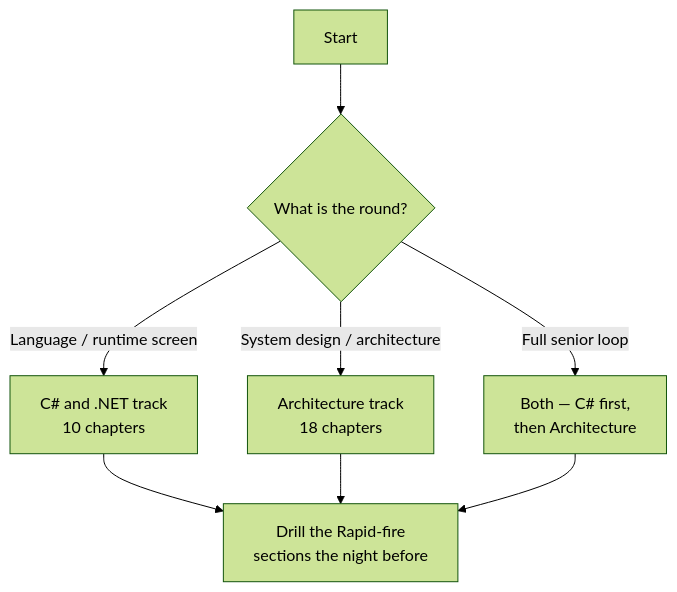
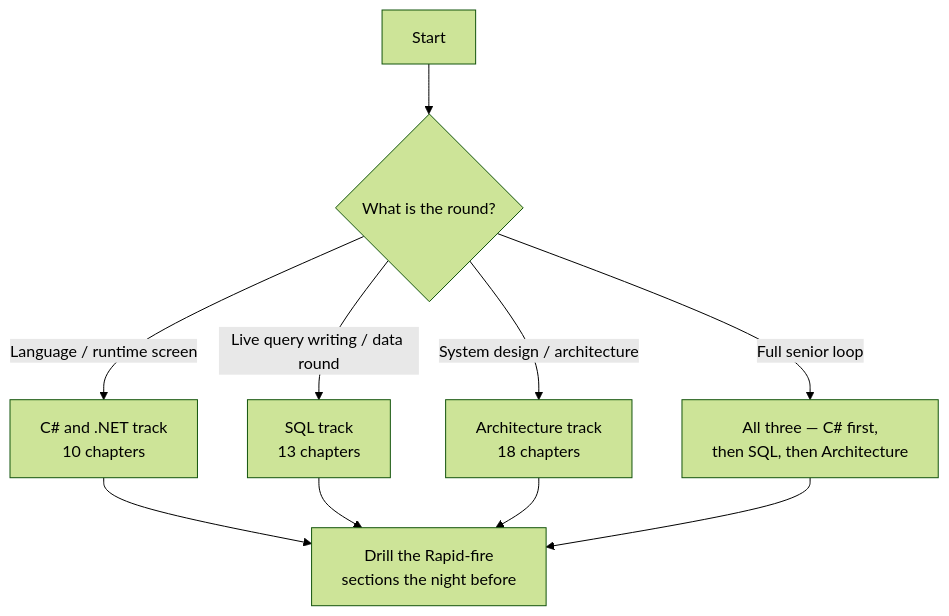
One commit to keshavsingh3197/content-blog changed the diagram in src/Interview/readme.md. Above: the diagram before and after it, drawn with Mermaid (forest theme). The commit also changed other lines of this file and 22 other files, not shown here.

````diff
--- a/src/Interview/readme.md
+++ b/src/Interview/readme.md
@@ -26,10 +27,12 @@
 ```mermaid
 flowchart TB
   S["Start"] --> Q{"What is the round?"}
   Q -->|"Language / runtime screen"| A["C# and .NET track<br/>10 chapters"]
-  Q -->|"System design / architecture"| B["Architecture track<br/>18 chapters"]
-  Q -->|"Full senior loop"| C["Both — C# first,<br/>then Architecture"]
-  A --> D["Drill the Rapid-fire<br/>sections the night before"]
-  B --> D
-  C --> D
+  Q -->|"Live query writing / data round"| B["SQL track<br/>13 chapters"]
+  Q -->|"System design / architecture"| C["Architecture track<br/>18 chapters"]
+  Q -->|"Full senior loop"| D["All three — C# first,<br/>then SQL, then Architecture"]
+  A --> E["Drill the Rapid-fire<br/>sections the night before"]
+  B --> E
+  C --> E
+  D --> E
 ```
````
